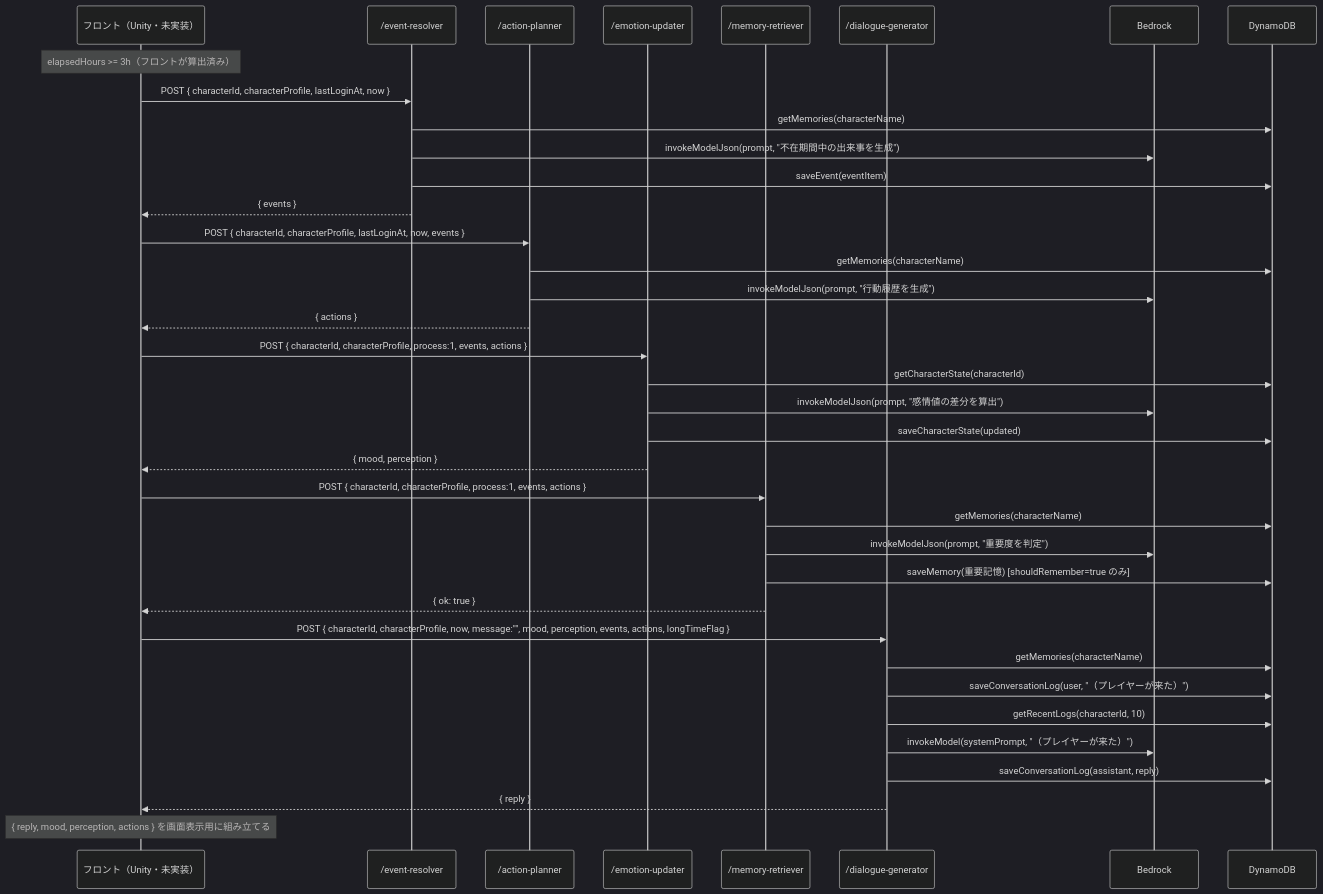
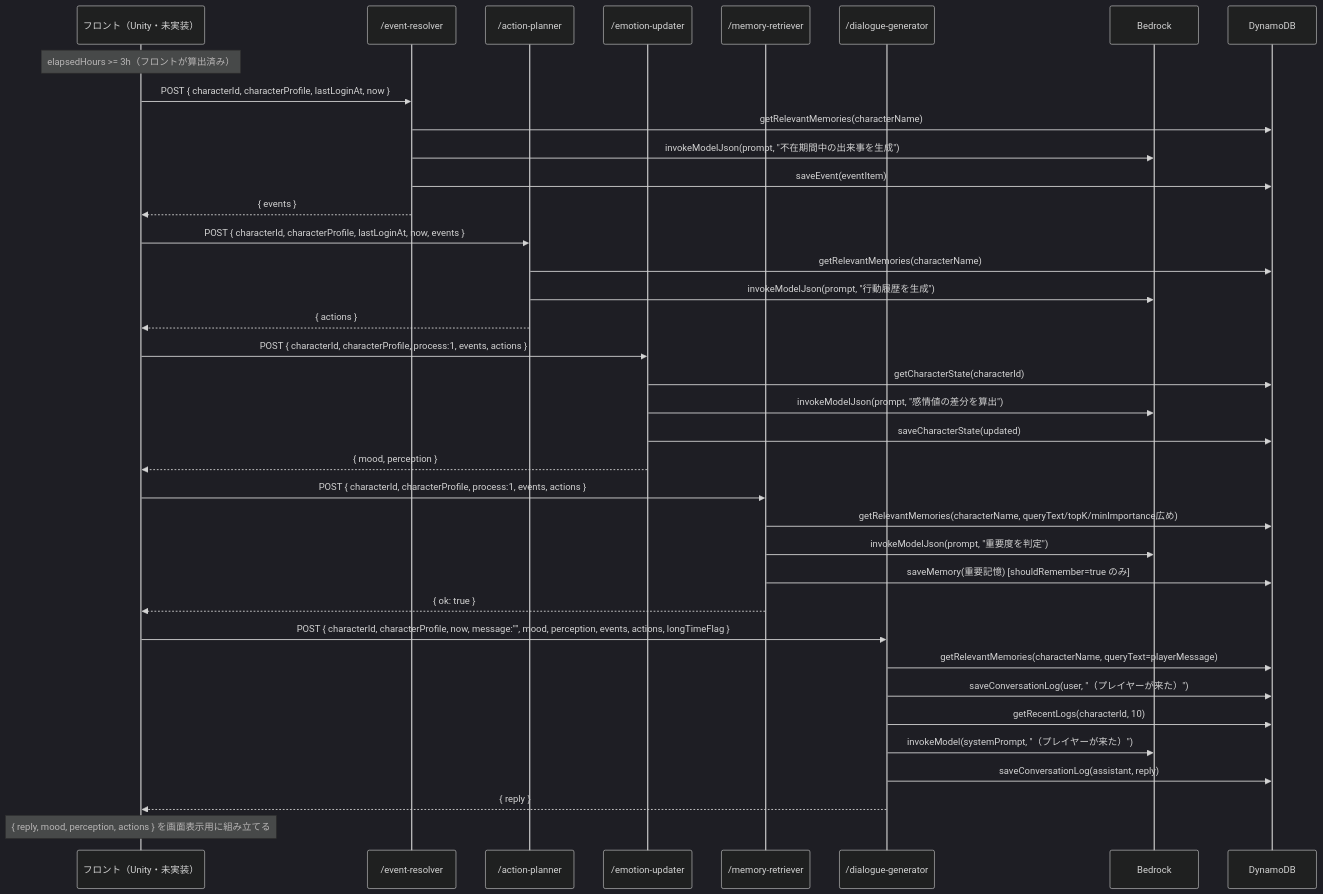
The fifth of 9 diagrams in README.md (yatohana1231-ux/vtuber-simulator-api), drawn with Mermaid (dark theme) before and after one commit. The commit also changed other lines of this file and 5 other files, not shown here.

First line of the commit message:
feat: replace full memory dump with scored top-K retrieval (getRelevantMemories)

````diff
--- a/README.md
+++ b/README.md
@@ -214,46 +214,46 @@
 ```mermaid
 sequenceDiagram
     participant Front as フロント（Unity・未実装）
     participant ER as /event-resolver
     participant AP as /action-planner
     participant EU as /emotion-updater
     participant MR as /memory-retriever
     participant DG as /dialogue-generator
     participant BK as Bedrock
     participant DB as DynamoDB
 
     Note over Front: elapsedHours >= 3h（フロントが算出済み）
 
     Front->>ER: POST { characterId, characterProfile, lastLoginAt, now }
-    ER->>DB: getMemories(characterName)
+    ER->>DB: getRelevantMemories(characterName)
     ER->>BK: invokeModelJson(prompt, "不在期間中の出来事を生成")
     ER->>DB: saveEvent(eventItem)
     ER-->>Front: { events }
 
     Front->>AP: POST { characterId, characterProfile, lastLoginAt, now, events }
-    AP->>DB: getMemories(characterName)
+    AP->>DB: getRelevantMemories(characterName)
     AP->>BK: invokeModelJson(prompt, "行動履歴を生成")
     AP-->>Front: { actions }
 
     Front->>EU: POST { characterId, characterProfile, process:1, events, actions }
     EU->>DB: getCharacterState(characterId)
     EU->>BK: invokeModelJson(prompt, "感情値の差分を算出")
     EU->>DB: saveCharacterState(updated)
     EU-->>Front: { mood, perception }
 
     Front->>MR: POST { characterId, characterProfile, process:1, events, actions }
-    MR->>DB: getMemories(characterName)
+    MR->>DB: getRelevantMemories(characterName, queryText/topK/minImportance広め)
     MR->>BK: invokeModelJson(prompt, "重要度を判定")
     MR->>DB: saveMemory(重要記憶) [shouldRemember=true のみ]
     MR-->>Front: { ok: true }
 
     Front->>DG: POST { characterId, characterProfile, now, message:"", mood, perception, events, actions, longTimeFlag }
-    DG->>DB: getMemories(characterName)
+    DG->>DB: getRelevantMemories(characterName, queryText=playerMessage)
     DG->>DB: saveConversationLog(user, "（プレイヤーが来た）")
     DG->>DB: getRecentLogs(characterId, 10)
     DG->>BK: invokeModel(systemPrompt, "（プレイヤーが来た）")
     DG->>DB: saveConversationLog(assistant, reply)
     DG-->>Front: { reply }
 
     Note over Front: { reply, mood, perception, actions } を画面表示用に組み立てる
 ```
````
